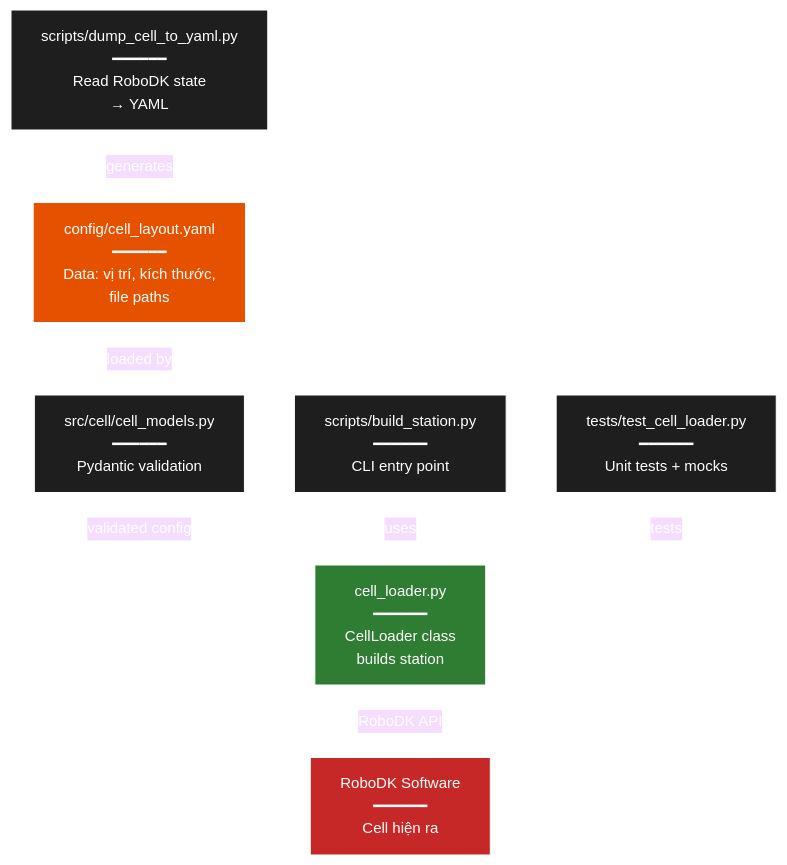
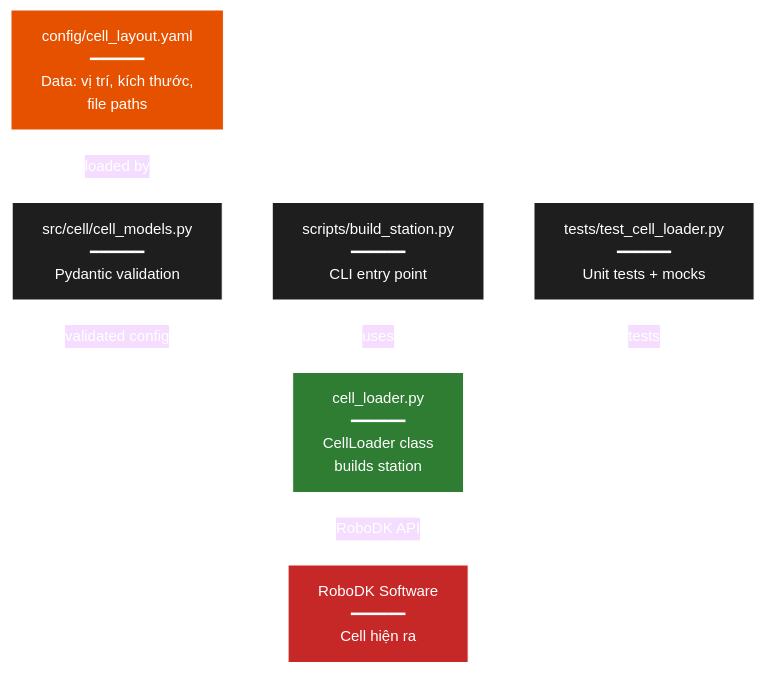
The first of 2 diagrams in docs/Phu_luc_A_README_HD.md (manhhv87/DTwinGP7), drawn with Mermaid before and after one commit. The commit also changed other lines of this file and 5 other files, not shown here.

First line of the commit message:
cleanup: remove 2 unused scripts (dump_cell_to_yaml, demo_reachability)

````diff
--- a/docs/Phu_luc_A_README_HD.md
+++ b/docs/Phu_luc_A_README_HD.md
@@ -58,15 +56,14 @@
 ```mermaid
 %%{init: {'theme':'base', 'themeVariables': {'fontSize':'15px','primaryTextColor':'#fff','primaryBorderColor':'#fff','lineColor':'#fff','background':'#1e1e1e','mainBkg':'#1e1e1e'}}}%%
 graph TB
     A[config/cell_layout.yaml<br/>━━━━━━<br/>Data: vị trí, kích thước,<br/>file paths] -->|loaded by| B[src/cell/cell_models.py<br/>━━━━━━<br/>Pydantic validation]
     B -->|validated config| C[cell_loader.py<br/>━━━━━━<br/>CellLoader class<br/>builds station]
     C -->|RoboDK API| D[RoboDK Software<br/>━━━━━━<br/>Cell hiện ra]
 
     E[scripts/build_station.py<br/>━━━━━━<br/>CLI entry point] -->|uses| C
-    F[scripts/dump_cell_to_yaml.py<br/>━━━━━━<br/>Read RoboDK state<br/>→ YAML] -.->|generates| A
     G[tests/test_cell_loader.py<br/>━━━━━━<br/>Unit tests + mocks] -.->|tests| C
 
     style A fill:#E65100,stroke:#fff,color:#fff
     style C fill:#2E7D32,stroke:#fff,color:#fff
     style D fill:#C62828,stroke:#fff,color:#fff
 ```
````
